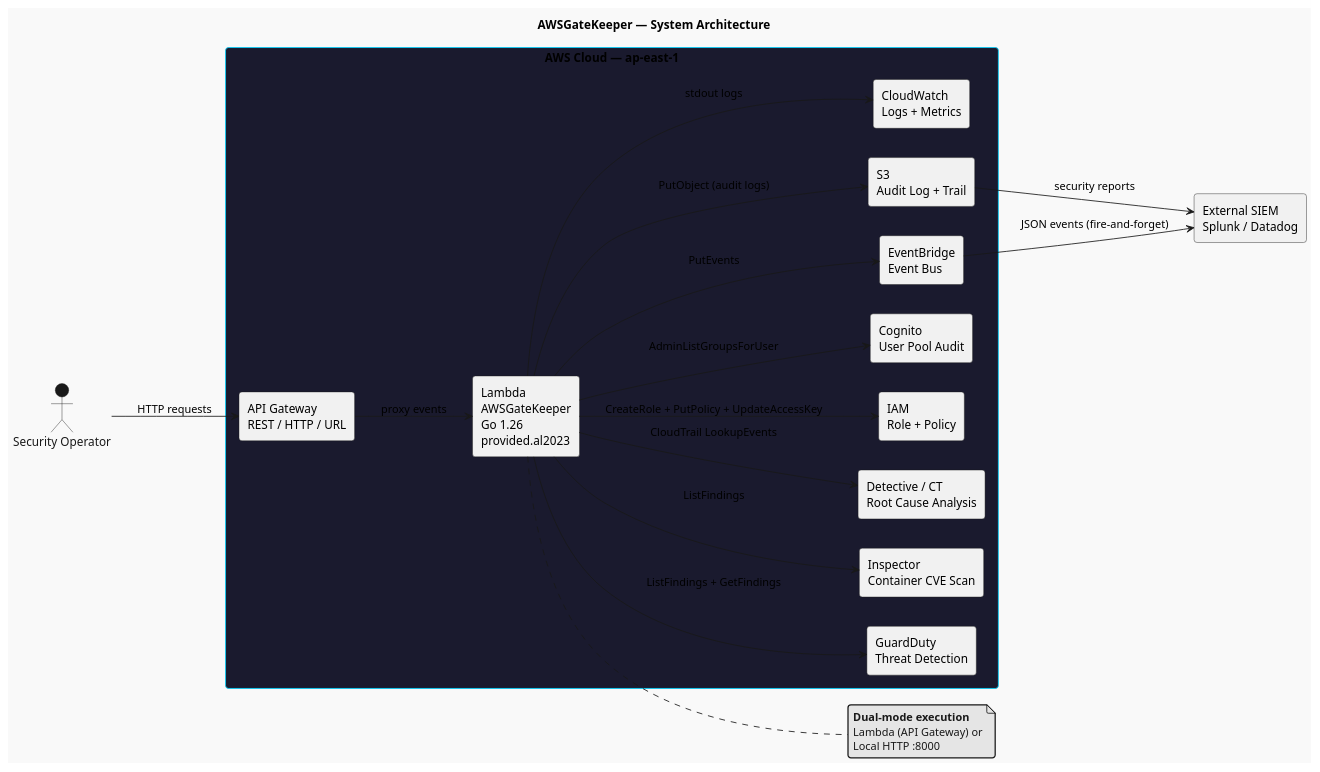
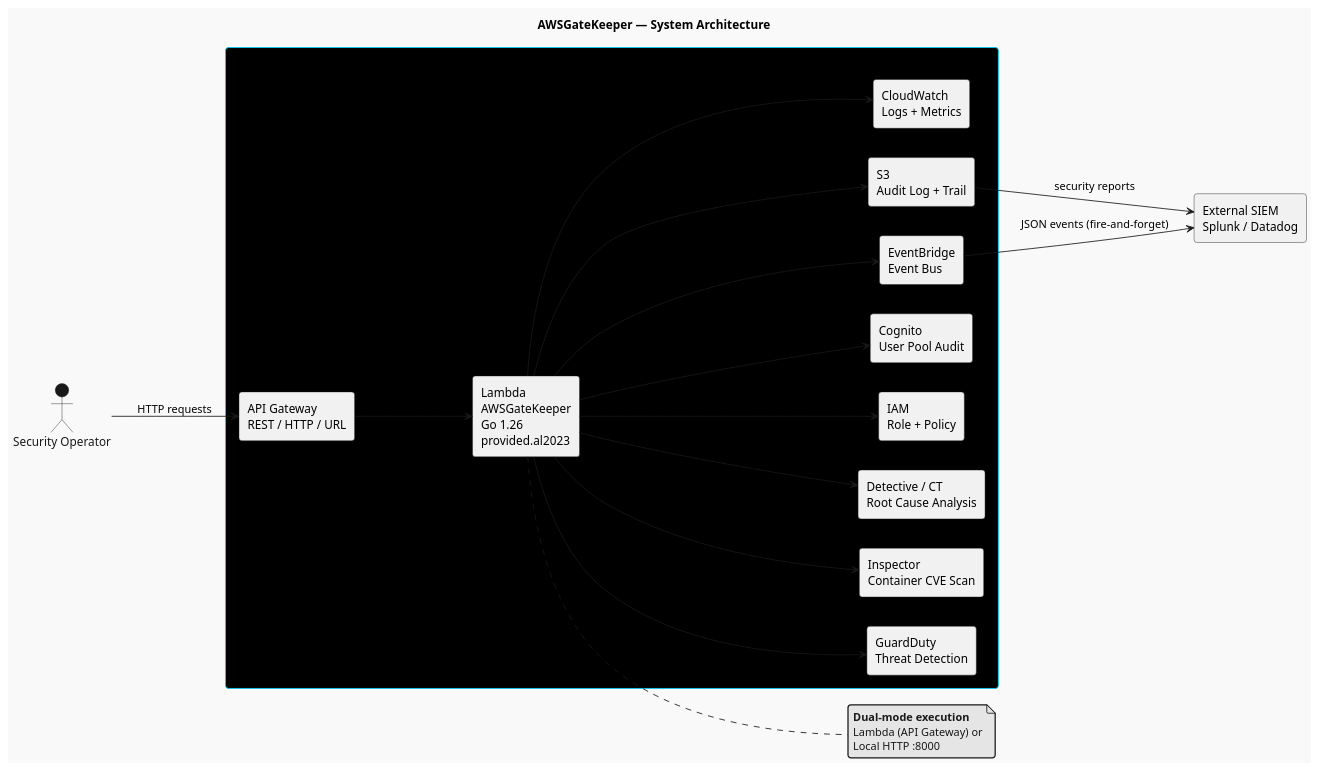
The first of 3 diagrams in docs/ARCHITECTURE_ZH.puml (ctkqiang/AWSGateKeeper), drawn with PlantUML before and after one commit. The commit also changed 5 other files, not shown here.

```diff
--- a/docs/ARCHITECTURE_ZH.puml
+++ b/docs/ARCHITECTURE_ZH.puml
@@ -1,50 +1,50 @@
 @startuml
 !theme mars
 title AWSGateKeeper — System Architecture
 
 skinparam package {
-    BackgroundColor #1A1A2E
+    BackgroundColor #000000
     BorderColor #00D2FF
     FontColor #E0E0E0
 }
 
 left to right direction
 
 actor "Security Operator" as op
 
 rectangle "AWS Cloud — ap-east-1" as aws {
     rectangle "API Gateway\nREST / HTTP / URL" as api
     rectangle "Lambda\nAWSGateKeeper\nGo 1.26\nprovided.al2023" as lambda
 
     rectangle "GuardDuty\nThreat Detection" as gd
     rectangle "Inspector\nContainer CVE Scan" as insp
     rectangle "Detective / CT\nRoot Cause Analysis" as det
     rectangle "IAM\nRole + Policy" as iam_role
     rectangle "Cognito\nUser Pool Audit" as cog
     rectangle "S3\nAudit Log + Trail" as s3
     rectangle "EventBridge\nEvent Bus" as eb
     rectangle "CloudWatch\nLogs + Metrics" as cw
 }
 
 rectangle "External SIEM\nSplunk / Datadog" as siem
 
 op --> api : HTTP requests
 api --> lambda : proxy events
 lambda --> gd : ListFindings + GetFindings
 lambda --> insp : ListFindings
 lambda --> det : CloudTrail LookupEvents
 lambda --> iam_role : CreateRole + PutPolicy + UpdateAccessKey
 lambda --> cog : AdminListGroupsForUser
 lambda --> s3 : PutObject (audit logs)
 lambda --> eb : PutEvents
 lambda --> cw : stdout logs
 eb --> siem : JSON events (fire-and-forget)
 s3 --> siem : security reports
 
 note right of lambda
   **Dual-mode execution**
   Lambda (API Gateway) or
   Local HTTP :8000
 end note
 
 @enduml
```
